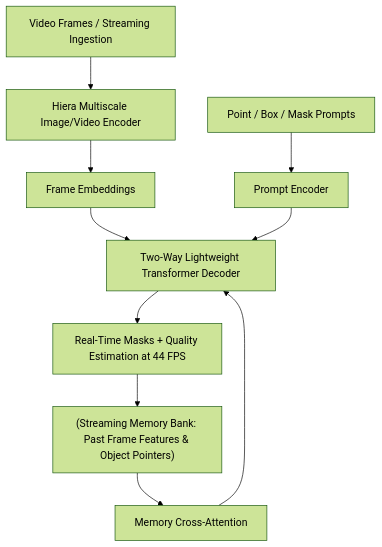
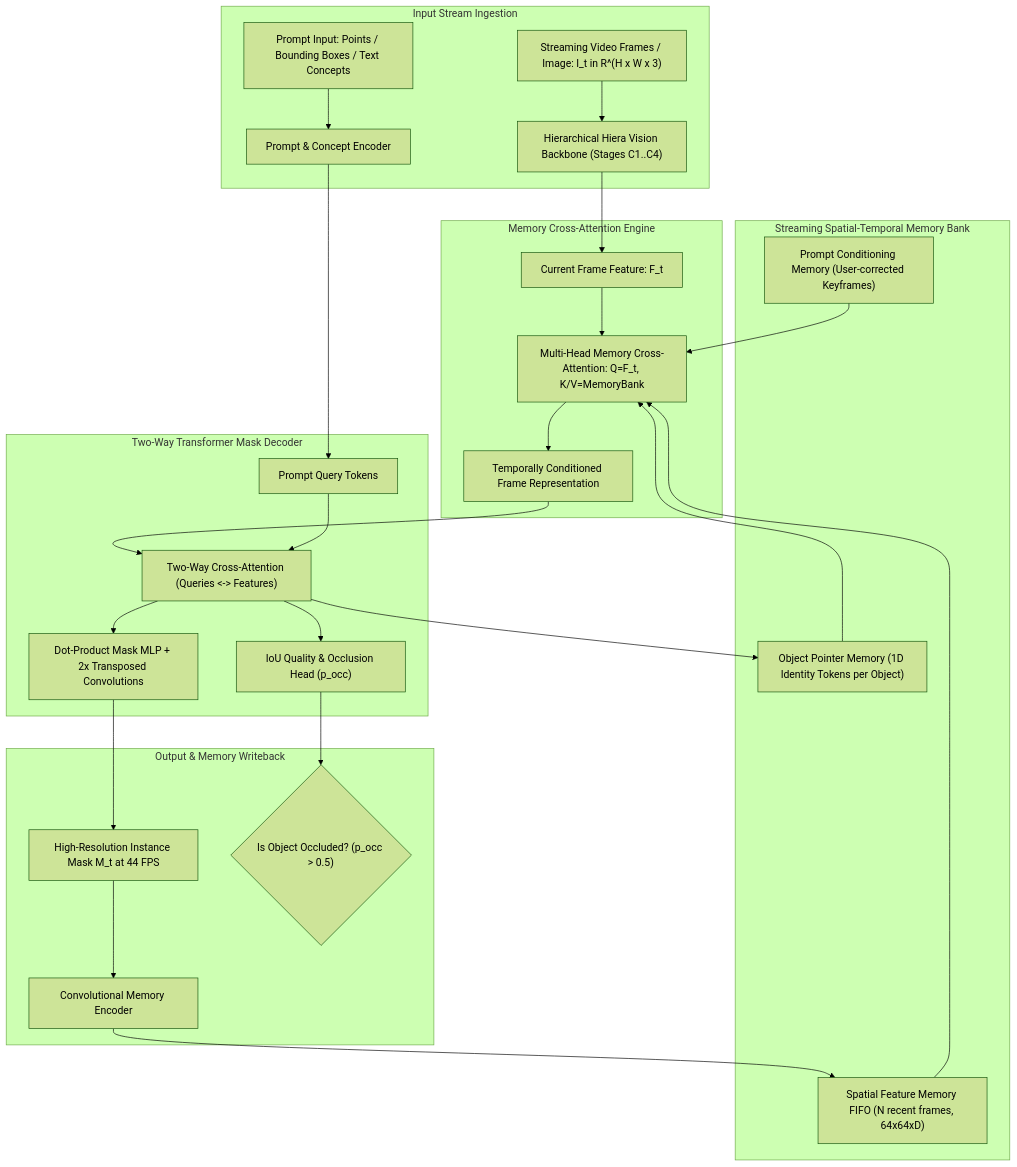
One commit to sergiomh499/cv-projects changed the diagram in architectures/vision-foundation-models/sam-2.md. Above: the diagram before and after it, drawn with Mermaid (forest theme). The commit also changed other lines of this file and 41 other files, not shown here.

Commit message:
docs(vault): deep expansion across 20 topic production pipelines, 2025-2026 architectures (RF-DETR, Qwen2.5-VL, MambaVision), and complete taxonomy matrices

````diff
--- a/architectures/vision-foundation-models/sam-2.md
+++ b/architectures/vision-foundation-models/sam-2.md
@@ -37,13 +50,35 @@
 ```mermaid
 flowchart TD
-    Video["Video Frames / Streaming Ingestion"] --> Hiera["Hiera Multiscale Image/Video Encoder"]
-    Hiera --> Feat["Frame Embeddings"]
-    Prompt["Point / Box / Mask Prompts"] --> PromptEnc["Prompt Encoder"]
-    MemoryBank["(Streaming Memory Bank: Past Frame Features & Object Pointers)"] --> MemAttn["Memory Cross-Attention"]
-    Feat --> Decoder["Two-Way Lightweight Transformer Decoder"]
-    PromptEnc --> Decoder
-    MemAttn --> Decoder
-    Decoder --> Out["Real-Time Masks + Quality Estimation at 44 FPS"]
-    Out --> MemoryBank
+    subgraph Ingestion ["Input Stream Ingestion"]
+        Stream["Streaming Video Frames / Image: I_t in R^(H x W x 3)"] --> HieraBackbone["Hierarchical Hiera Vision Backbone (Stages C1..C4)"]
+        Prompts["Prompt Input: Points / Bounding Boxes / Text Concepts"] --> PromptEncoder["Prompt & Concept Encoder"]
+    end
 
+    subgraph Memory_Bank_Architecture ["Streaming Spatial-Temporal Memory Bank"]
+        SpatialMem["Spatial Feature Memory FIFO (N recent frames, 64x64xD)"]
+        ObjPointers["Object Pointer Memory (1D Identity Tokens per Object)"]
+        CondMem["Prompt Conditioning Memory (User-corrected Keyframes)"]
+    end
+
+    subgraph Memory_Attention_Engine ["Memory Cross-Attention Engine"]
+        HieraBackbone --> FeatT["Current Frame Feature: F_t"]
+        FeatT --> MemCrossAttn["Multi-Head Memory Cross-Attention: Q=F_t, K/V=MemoryBank"]
+        SpatialMem & ObjPointers & CondMem --> MemCrossAttn
+        MemCrossAttn --> ConditionedFeat["Temporally Conditioned Frame Representation"]
+    end
+
+    subgraph Two_Way_Decoder ["Two-Way Transformer Mask Decoder"]
+        PromptEncoder --> PromptTokens["Prompt Query Tokens"]
+        ConditionedFeat & PromptTokens --> TwoWayAttn["Two-Way Cross-Attention (Queries <-> Features)"]
+        TwoWayAttn --> DotProductMask["Dot-Product Mask MLP + 2x Transposed Convolutions"]
+        TwoWayAttn --> IoUOcclusionHead["IoU Quality & Occlusion Head (p_occ)"]
+    end
+
+    subgraph Outputs_and_Recurrence ["Output & Memory Writeback"]
+        DotProductMask --> OutMask["High-Resolution Instance Mask M_t at 44 FPS"]
+        IoUOcclusionHead --> OcclusionState{"Is Object Occluded? (p_occ > 0.5)"}
+        OutMask --> MemoryEncoder["Convolutional Memory Encoder"]
+        MemoryEncoder --> SpatialMem
+        TwoWayAttn --> ObjPointers
+    end
 ```
````
